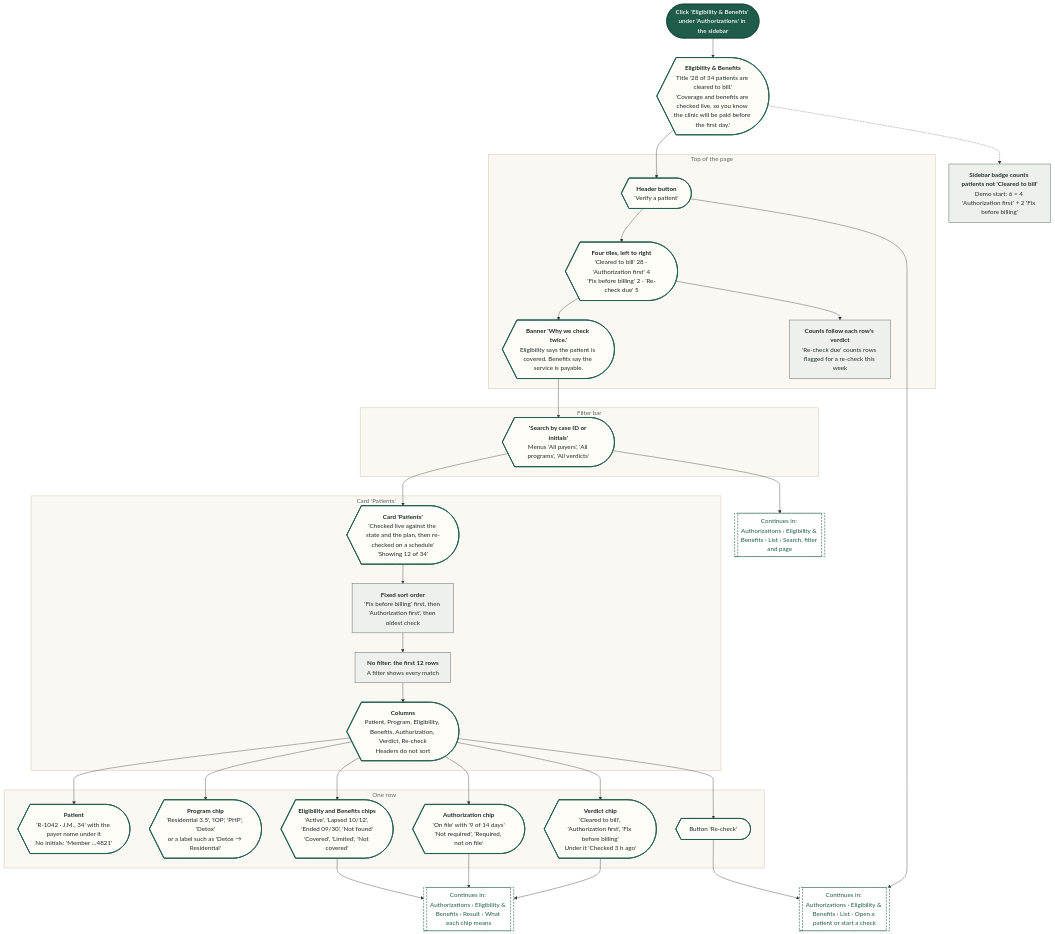
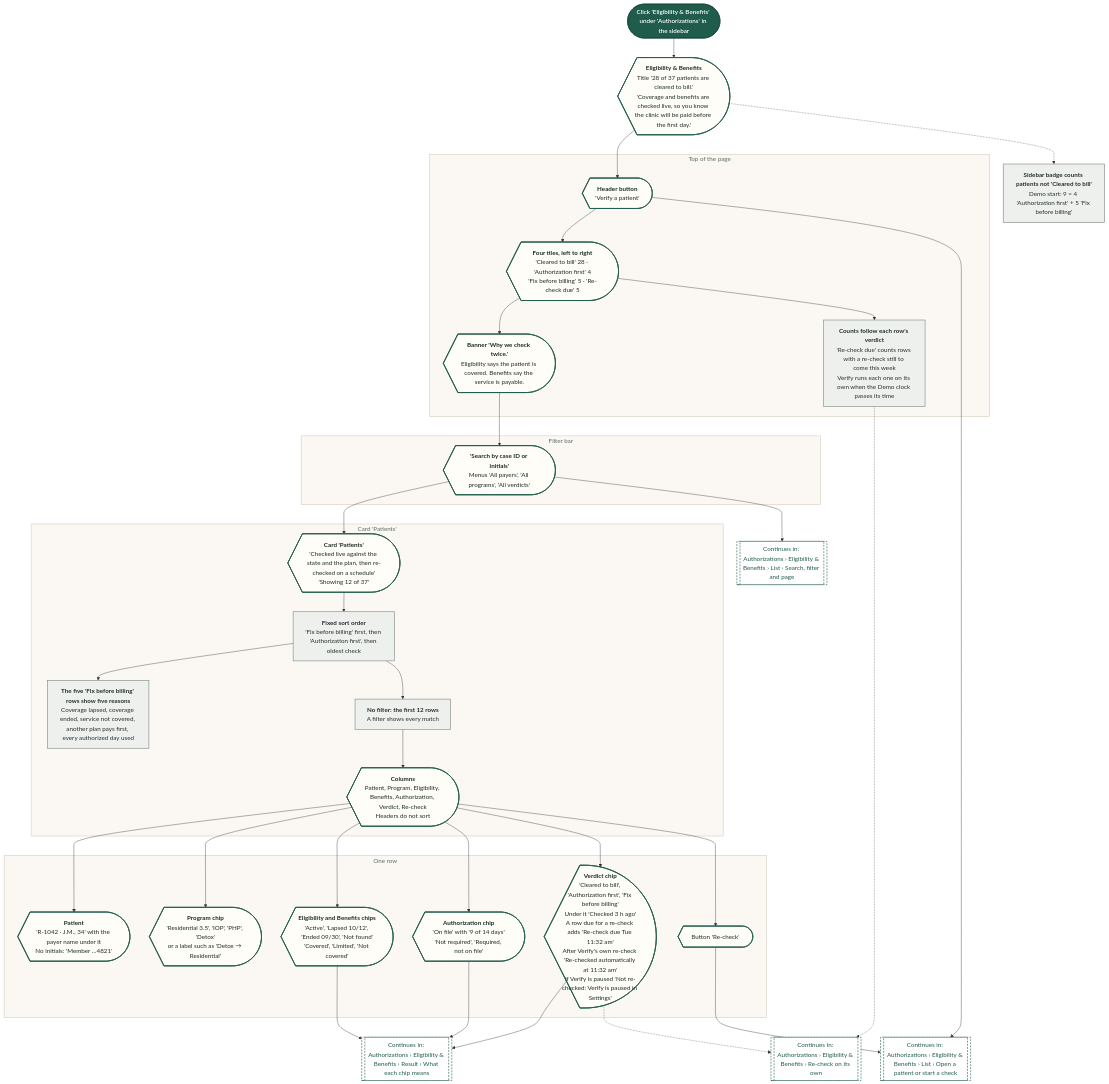
Before and after one commit to Shrav143/psyfloapp: the first of 19 diagrams in demos/prior-auth-demo/workflows/out/md/05-eligibility.md, drawn with Mermaid. The commit also changed other lines of this file and 195 other files, not shown here.

First line of the commit message:
docs: Rebuild workflow diagrams after the demo fixes (220 diagrams)

````diff
--- a/demos/prior-auth-demo/workflows/out/md/05-eligibility.md
+++ b/demos/prior-auth-demo/workflows/out/md/05-eligibility.md
@@ -15,67 +15,72 @@
 ```mermaid
 %%{init: {"theme":"base","themeVariables":{"fontFamily":"'DM Sans', 'Segoe UI', system-ui, sans-serif","fontSize":"15px","lineColor":"#5B6B63","primaryTextColor":"#1C2B25","clusterBkg":"#FBF8F3","clusterBorder":"#D9CDBB","edgeLabelBackground":"#FFFFFF"},"flowchart":{"curve":"basis","nodeSpacing":36,"rankSpacing":48,"padding":12,"htmlLabels":true,"useMaxWidth":false,"wrappingWidth":230}} }%%
 flowchart TD
   classDef k_start fill:#1F5C4B,stroke:#174638,color:#FFFFFF,stroke-width:1.5px,font-weight:600
   classDef k_end fill:#DDEFE3,stroke:#2E7D4F,color:#14502F,stroke-width:1.5px,font-weight:600
   classDef k_endx fill:#FBE3E0,stroke:#C0392B,color:#7A1F16,stroke-width:1.5px,font-weight:600
   classDef k_screen fill:#FFFDF8,stroke:#1F5C4B,color:#1C2B25,stroke-width:2px
   classDef k_overlay fill:#F1F7F3,stroke:#1F5C4B,color:#1C2B25,stroke-width:2px,stroke-dasharray:5 3
   classDef k_click fill:#DCEBFA,stroke:#2F6DB5,color:#12365F,stroke-width:1.5px
   classDef k_input fill:#E4E7FF,stroke:#4C5FD5,color:#1D2670,stroke-width:1.5px
   classDef k_process fill:#EEF0EE,stroke:#7A857F,color:#26302B,stroke-width:1.5px
   classDef k_agent fill:#EEE5FA,stroke:#7A4FC2,color:#341A63,stroke-width:1.5px
   classDef k_decision fill:#FFF0CC,stroke:#D9962B,color:#5C3B00,stroke-width:1.5px
   classDef k_store fill:#D5F0EA,stroke:#1C8E7B,color:#0B4A3F,stroke-width:1.5px
   classDef k_doc fill:#F6E9DC,stroke:#B07A4C,color:#4A2E14,stroke-width:1.5px
   classDef k_ext fill:#FFE6D2,stroke:#E07B39,color:#6B2F06,stroke-width:1.5px
   classDef k_wait fill:#E4E8EE,stroke:#6B7C93,color:#26303D,stroke-width:1.5px
   classDef k_toast fill:#FFF9DB,stroke:#C9A400,color:#5A4A00,stroke-width:1.5px
   classDef k_goto fill:#FFFFFF,stroke:#1F5C4B,color:#1F5C4B,stroke-width:1.5px,stroke-dasharray:5 3
   s1@{ shape: stadium, label: "Click 'Eligibility & Benefits' under 'Authorizations' in the sidebar" }
-  sc@{ shape: curv-trap, label: "<b>Eligibility & Benefits</b><br/>Title '28 of 34 patients are cleared to bill.'<br/>'Coverage and benefits are checked live, so you know the clinic will be paid before the first day.'" }
-  p1@{ shape: rect, label: "<b>Sidebar badge counts patients not 'Cleared to bill'</b><br/>Demo start: 6 = 4 'Authorization first' + 2 'Fix before billing'" }
+  sc@{ shape: curv-trap, label: "<b>Eligibility & Benefits</b><br/>Title '28 of 37 patients are cleared to bill.'<br/>'Coverage and benefits are checked live, so you know the clinic will be paid before the first day.'" }
+  p1@{ shape: rect, label: "<b>Sidebar badge counts patients not 'Cleared to bill'</b><br/>Demo start: 9 = 4 'Authorization first' + 5 'Fix before billing'" }
   subgraph gTop ["Top of the page"]
   hd@{ shape: curv-trap, label: "<b>Header button</b><br/>'Verify a patient'" }
-  tl@{ shape: curv-trap, label: "<b>Four tiles, left to right</b><br/>'Cleared to bill' 28 · 'Authorization first' 4<br/>'Fix before billing' 2 · 'Re-check due' 5" }
-  cnt@{ shape: rect, label: "<b>Counts follow each row's verdict</b><br/>'Re-check due' counts rows flagged for a re-check this week" }
+  tl@{ shape: curv-trap, label: "<b>Four tiles, left to right</b><br/>'Cleared to bill' 28 · 'Authorization first' 4<br/>'Fix before billing' 5 · 'Re-check due' 5" }
+  cnt@{ shape: rect, label: "<b>Counts follow each row's verdict</b><br/>'Re-check due' counts rows with a re-check still to come this week<br/>Verify runs each one on its own when the Demo clock passes its time" }
   bn@{ shape: curv-trap, label: "<b>Banner 'Why we check twice.'</b><br/>Eligibility says the patient is covered. Benefits say the service is payable." }
   end
   subgraph gBar ["Filter bar"]
   fl@{ shape: curv-trap, label: "<b>'Search by case ID or initials'</b><br/>Menus 'All payers', 'All programs', 'All verdicts'" }
   end
   subgraph gCard ["Card 'Patients'"]
-  cd@{ shape: curv-trap, label: "<b>Card 'Patients'</b><br/>'Checked live against the state and the plan, then re-checked on a schedule'<br/>'Showing 12 of 34'" }
+  cd@{ shape: curv-trap, label: "<b>Card 'Patients'</b><br/>'Checked live against the state and the plan, then re-checked on a schedule'<br/>'Showing 12 of 37'" }
   so@{ shape: rect, label: "<b>Fixed sort order</b><br/>'Fix before billing' first, then 'Authorization first', then oldest check" }
+  sd@{ shape: rect, label: "<b>The five 'Fix before billing' rows show five reasons</b><br/>Coverage lapsed, coverage ended, service not covered, another plan pays first, every authorized day used" }
   pg@{ shape: rect, label: "<b>No filter: the first 12 rows</b><br/>A filter shows every match" }
   cols@{ shape: curv-trap, label: "<b>Columns</b><br/>Patient, Program, Eligibility, Benefits, Authorization, Verdict, Re-check<br/>Headers do not sort" }
   end
   subgraph gRow ["One row"]
   r1@{ shape: curv-trap, label: "<b>Patient</b><br/>'R-1042 · J.M., 34' with the payer name under it<br/>No initials: 'Member …4821'" }
   r2@{ shape: curv-trap, label: "<b>Program chip</b><br/>'Residential 3.5', 'IOP', 'PHP', 'Detox'<br/>or a label such as 'Detox → Residential'" }
   r3@{ shape: curv-trap, label: "<b>Eligibility and Benefits chips</b><br/>'Active', 'Lapsed 10/12', 'Ended 09/30', 'Not found'<br/>'Covered', 'Limited', 'Not covered'" }
   r4@{ shape: curv-trap, label: "<b>Authorization chip</b><br/>'On file' with '9 of 14 days'<br/>'Not required', 'Required, not on file'" }
-  r5@{ shape: curv-trap, label: "<b>Verdict chip</b><br/>'Cleared to bill', 'Authorization first', 'Fix before billing'<br/>Under it 'Checked 3 h ago'" }
+  r5@{ shape: curv-trap, label: "<b>Verdict chip</b><br/>'Cleared to bill', 'Authorization first', 'Fix before billing'<br/>Under it 'Checked 3 h ago'<br/>A row due for a re-check adds 'Re-check due Tue 11:32 am'<br/>After Verify's own re-check 'Re-checked automatically at 11:32 am'<br/>If Verify is paused 'Not re-checked: Verify is paused in Settings'" }
   r6@{ shape: curv-trap, label: "Button 'Re-check'" }
   end
   g1@{ shape: subproc, label: "Continues in: Authorizations › Eligibility & Benefits › List › Search, filter and page" }
   g2@{ shape: subproc, label: "Continues in: Authorizations › Eligibility & Benefits › List › Open a patient or start a check" }
   g3@{ shape: subproc, label: "Continues in: Authorizations › Eligibility & Benefits › Result › What each chip means" }
+  g4@{ shape: subproc, label: "Continues in: Authorizations › Eligibility & Benefits › Re-check on its own" }
   s1 --> sc
   sc --> hd --> tl --> bn --> fl --> cd
   sc -.-> p1
   tl --> cnt
-  cd --> so --> pg --> cols
+  cd --> so --> sd
+  so --> pg --> cols
   cols --> r1 & r2 & r3 & r4 & r5 & r6
   fl --> g1
   hd --> g2
   r6 --> g2
   r3 & r4 & r5 --> g3
+  cnt -.-> g4
+  r5 -.-> g4
   class s1 k_start
   class sc,hd,tl,bn,fl,cd,cols,r1,r2,r3,r4,r5,r6 k_screen
-  class p1,cnt,so,pg k_process
-  class g1,g2,g3 k_goto
+  class p1,cnt,so,sd,pg k_process
+  class g1,g2,g3,g4 k_goto
   style gTop fill:#FBF8F3,stroke:#D9CDBB,stroke-width:1.5px,color:#5B6B63
   style gBar fill:#FBF8F3,stroke:#D9CDBB,stroke-width:1.5px,color:#5B6B63
   style gCard fill:#FBF8F3,stroke:#D9CDBB,stroke-width:1.5px,color:#5B6B63
   style gRow fill:#FBF8F3,stroke:#D9CDBB,stroke-width:1.5px,color:#5B6B63
 ```
````
